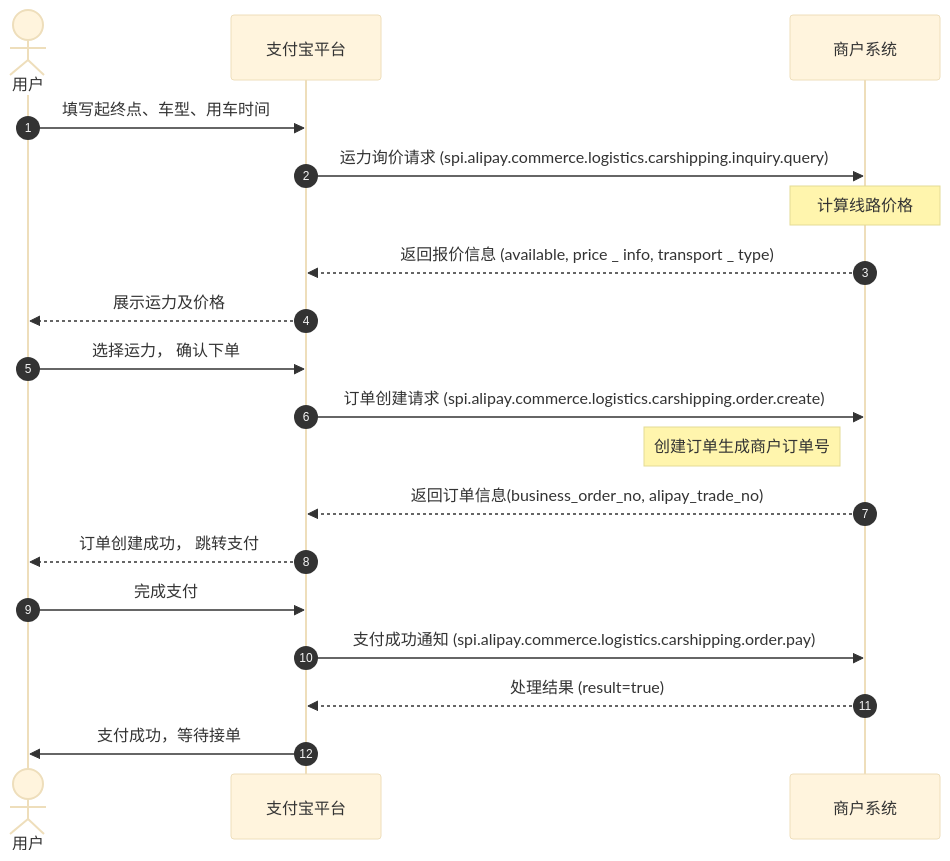
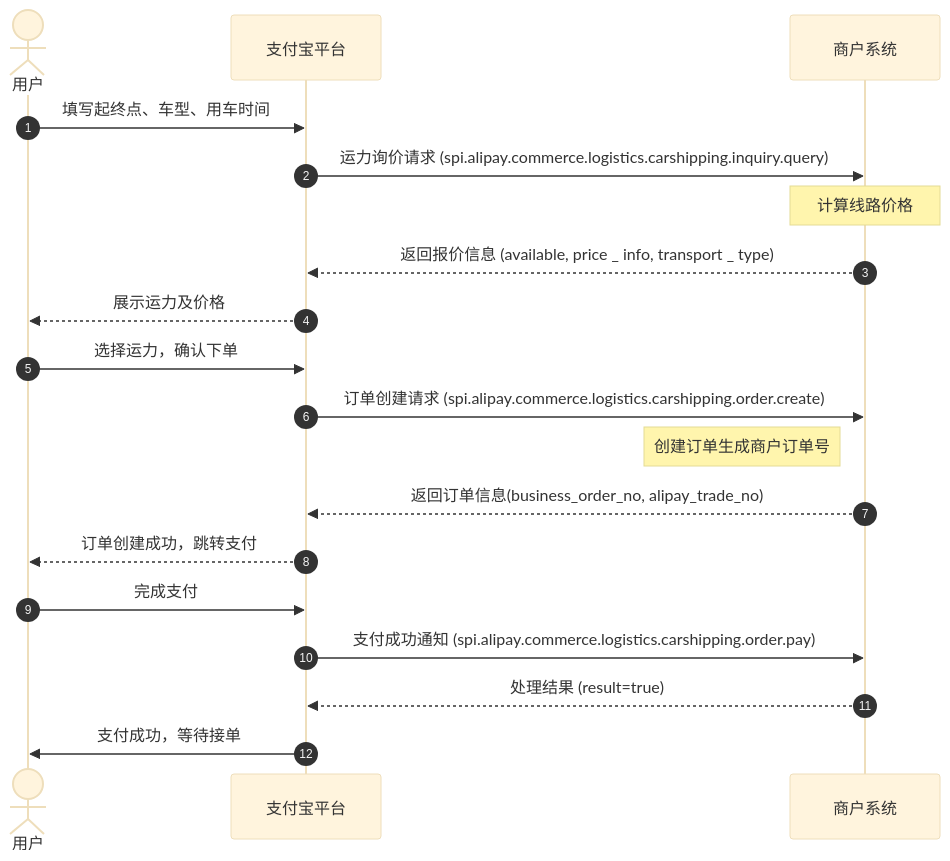
The diagram in mmd/test_dba1b258-be6a-414c-9967-aedbcccfa44f.mmd (pingpm/mermaid_vault), drawn with Mermaid (base theme) before and after one commit. The commit also changed 2 other files, not shown here.

Commit message:
Sync Mermaid Studio data (8 diagrams)

```diff
--- a/mmd/test_dba1b258-be6a-414c-9967-aedbcccfa44f.mmd
+++ b/mmd/test_dba1b258-be6a-414c-9967-aedbcccfa44f.mmd
@@ -1,19 +1,19 @@
 sequenceDiagram
   autonumber
   actor p0 as 用户
   participant p1 as 支付宝平台
   participant p2 as 商户系统
   p0->>p1: 填写起终点、⻋型、⽤⻋时间
   p1->>p2: 运⼒询价请求 (spi.alipay.commerce.logistics.carshipping.inquiry.query)
   Note over p2: 计算线路价格
   p2-->>p1: 返回报价信息 (available, price _ info, transport _ type)
   p1-->>p0: 展示运⼒及价格
-  p0->>p1: 选择运⼒， 确认下单
+  p0->>p1: 选择运⼒，确认下单
   p1->>p2: 订单创建请求 (spi.alipay.commerce.logistics.carshipping.order.create)
   Note left of p2: 创建订单⽣成商户订单号
   p2-->>p1: 返回订单信息(business_order_no, alipay_trade_no)
-  p1-->>p0: 订单创建成功， 跳转⽀付
+  p1-->>p0: 订单创建成功，跳转⽀付
   p0->>p1: 完成⽀付
   p1->>p2: ⽀付成功通知 (spi.alipay.commerce.logistics.carshipping.order.pay)
   p2-->>p1: 处理结果 (result=true)
   p1->>p0: ⽀付成功，等待接单
```
